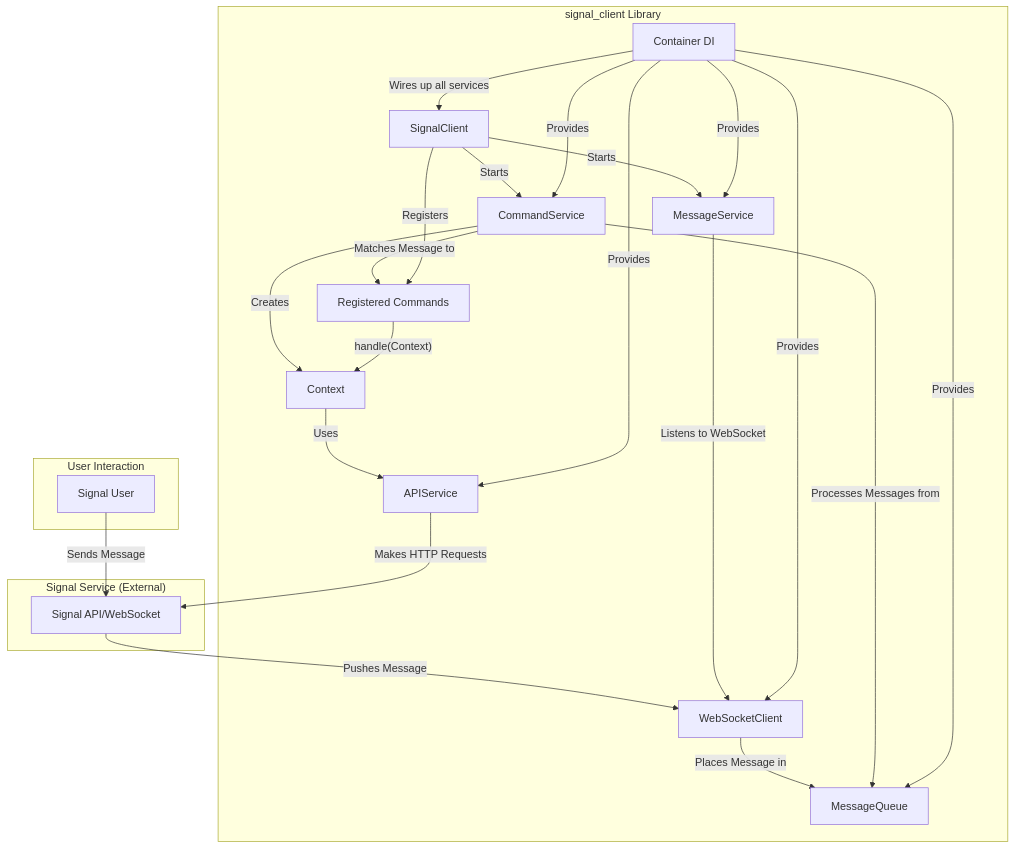
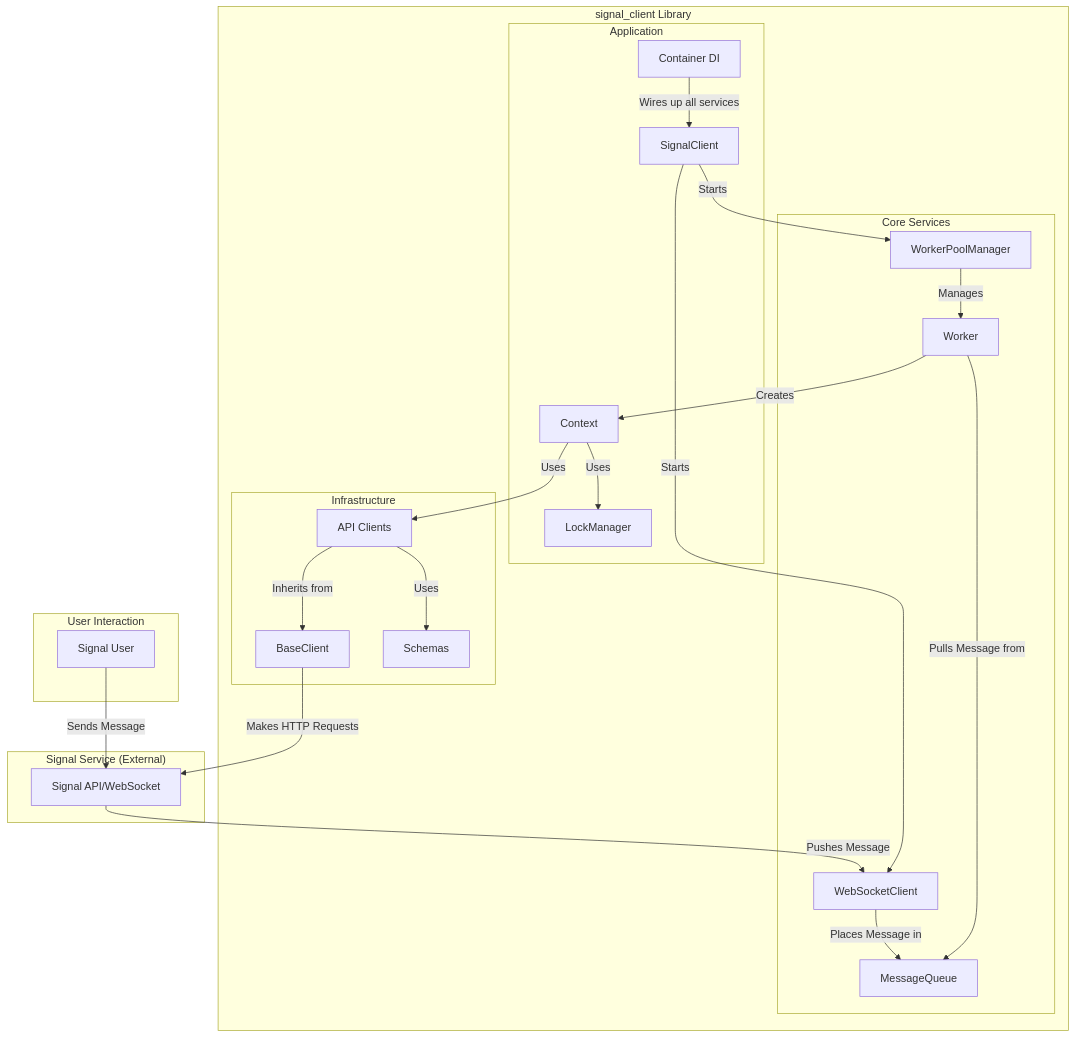
The diagram in docs/01_architecture.md (cornellshakh/signal-client), drawn with Mermaid before and after one commit. The commit also changed other lines of this file and 93 other files, not shown here.

````diff
--- a/docs/01_architecture.md
+++ b/docs/01_architecture.md
@@ -9,42 +18,45 @@
 ```mermaid
 graph TD
     subgraph "User Interaction"
         A[Signal User]
     end
 
     subgraph "Signal Service (External)"
         B[Signal API/WebSocket]
     end
 
     subgraph "signal_client Library"
-        C[SignalClient]
-        D[Container DI]
-        E[MessageService]
-        F[WebSocketClient]
-        G[MessageQueue]
-        H[CommandService]
-        I[APIService]
-        J[Registered Commands]
-        K[Context]
+        subgraph "Core Services"
+            C[WebSocketClient]
+            D[MessageQueue]
+            E[WorkerPoolManager]
+            F[Worker]
+        end
+        subgraph "Infrastructure"
+            G[BaseClient]
+            H[API Clients]
+            I[Schemas]
+        end
+        subgraph "Application"
+            J[SignalClient]
+            K[Container DI]
+            L[Context]
+            M[LockManager]
+        end
     end
 
     A -- Sends Message --> B
-    B -- Pushes Message --> F
-    F -- Places Message in --> G
-    E -- Listens to WebSocket --> F
-    H -- Processes Messages from --> G
-    H -- Matches Message to --> J
-    H -- Creates --> K
-    J -- handle(Context) --> K
-    K -- Uses --> I
-    I -- Makes HTTP Requests --> B
-    C -- Starts --> E
-    C -- Starts --> H
-    C -- Registers --> J
-    D -- Wires up all services --> C
-    D -- Provides --> E
-    D -- Provides --> H
-    D -- Provides --> I
-    D -- Provides --> F
-    D -- Provides --> G
+    B -- Pushes Message --> C
+    C -- Places Message in --> D
+    E -- Manages --> F
+    F -- Pulls Message from --> D
+    F -- Creates --> L
+    L -- Uses --> M
+    L -- Uses --> H
+    H -- Inherits from --> G
+    H -- Uses --> I
+    G -- Makes HTTP Requests --> B
+    J -- Starts --> E
+    J -- Starts --> C
+    K -- Wires up all services --> J
 ```
````
